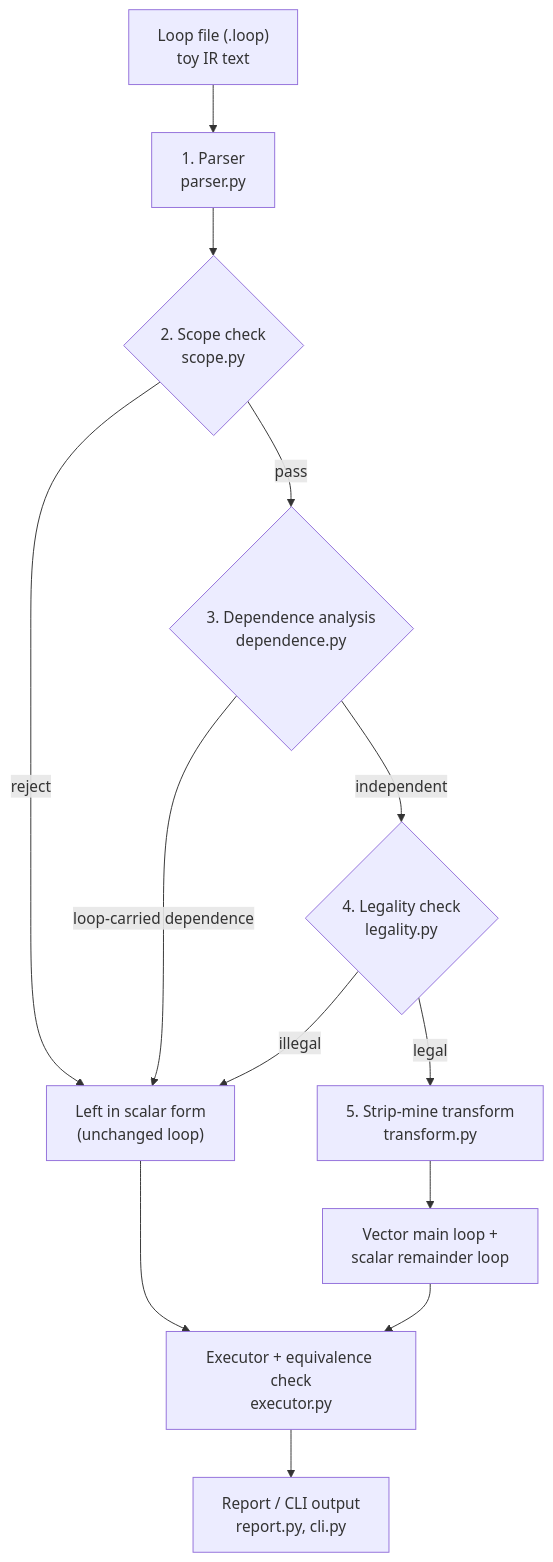
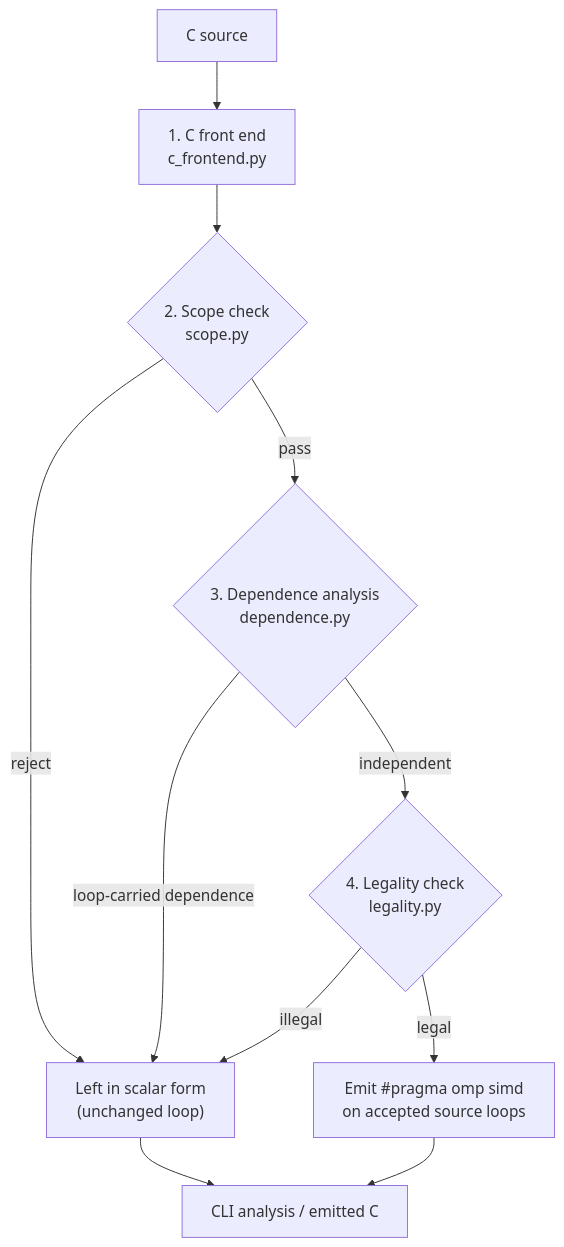
The diagram in README.md (Siddhj2206/Auto-Vectorizing-Loop-Optimizer), drawn with Mermaid before and after one commit. The commit also changed other lines of this file and 56 other files, not shown here.

````diff
--- a/README.md
+++ b/README.md
@@ -70,15 +66,13 @@
 ```mermaid
 flowchart TD
-    A["Loop file (.loop)<br/>toy IR text"] --> B["1. Parser<br/>parser.py"]
+    A["C source"] --> B["1. C front end<br/>c_frontend.py"]
     B --> C{"2. Scope check<br/>scope.py"}
     C -->|reject| R["Left in scalar form<br/>(unchanged loop)"]
     C -->|pass| D{"3. Dependence analysis<br/>dependence.py"}
     D -->|loop-carried dependence| R
     D -->|independent| E{"4. Legality check<br/>legality.py"}
     E -->|illegal| R
-    E -->|legal| F["5. Strip-mine transform<br/>transform.py"]
-    F --> G["Vector main loop +<br/>scalar remainder loop"]
-    G --> H["Executor + equivalence check<br/>executor.py"]
-    R --> H
-    H --> I["Report / CLI output<br/>report.py, cli.py"]
+    E -->|legal| F["Emit #pragma omp simd<br/>on accepted source loops"]
+    F --> I["CLI analysis / emitted C"]
+    R --> I
 ```
````
